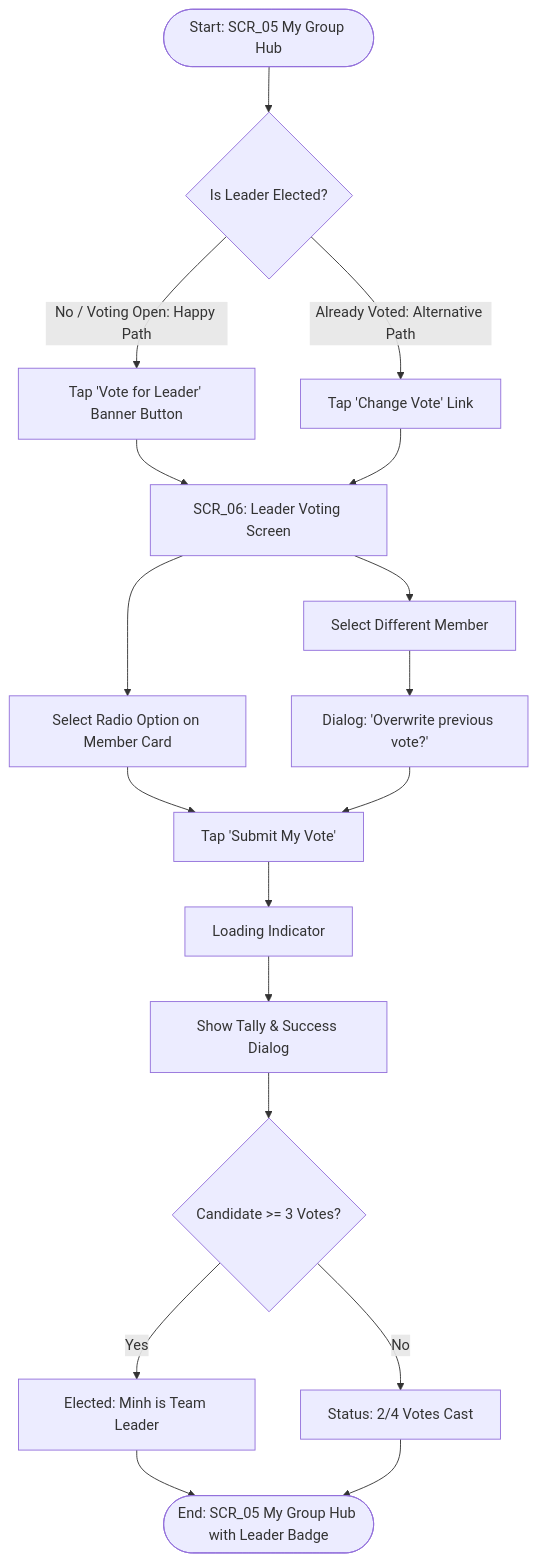
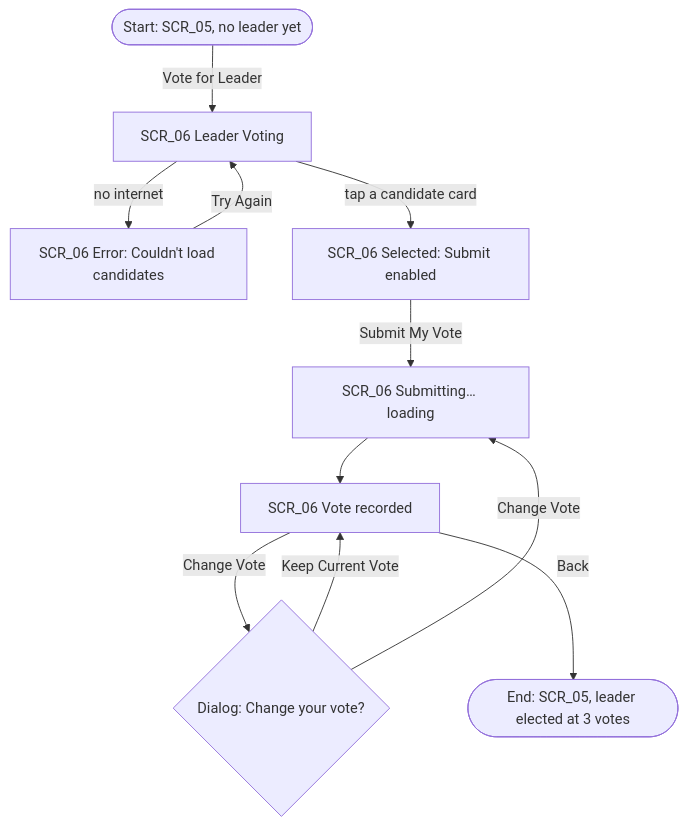
Before and after one commit to DEVORGANIZE222/PRM323_LAB2_uiuxdesign: the second of 3 diagrams in ux/user-flow.md, drawn with Mermaid. The commit also changed other lines of this file, not shown here.

Commit message:
Put every screen in a flow and match the Figma flows

````diff
--- a/ux/user-flow.md
+++ b/ux/user-flow.md
@@ -73,21 +74,13 @@
 ```mermaid
 graph TD
-    Start([Start: SCR_05 My Group Hub]) --> CheckLeader{Is Leader Elected?}
-    CheckLeader -->|No / Voting Open: Happy Path| TapVote[Tap 'Vote for Leader' Banner Button]
-    TapVote --> SCR_06[SCR_06: Leader Voting Screen]
-    SCR_06 --> SelectCandidate[Select Radio Option on Member Card]
-    SelectCandidate --> SubmitVote[Tap 'Submit My Vote']
-    SubmitVote --> Loading[Loading Indicator]
-    Loading --> UpdatedResults[Show Tally & Success Dialog]
-    UpdatedResults --> CheckMajority{Candidate >= 3 Votes?}
-    CheckMajority -->|Yes| ElectLeader[Elected: Minh is Team Leader]
-    CheckMajority -->|No| PendingVotes[Status: 2/4 Votes Cast]
-    ElectLeader --> SCR_05([End: SCR_05 My Group Hub with Leader Badge])
-    PendingVotes --> SCR_05
-
-    CheckLeader -->|Already Voted: Alternative Path| TapChangeVote[Tap 'Change Vote' Link]
-    TapChangeVote --> SCR_06
-    SCR_06 --> PickNew[Select Different Member]
-    PickNew --> ConfirmOverride[Dialog: 'Overwrite previous vote?']
-    ConfirmOverride --> SubmitVote
+    Start([Start: SCR_05, no leader yet]) -->|Vote for Leader| V[SCR_06 Leader Voting]
+    V -->|no internet| Err[SCR_06 Error: Couldn't load candidates]
+    Err -->|Try Again| V
+    V -->|tap a candidate card| Sel[SCR_06 Selected: Submit enabled]
+    Sel -->|Submit My Vote| Sub[SCR_06 Submitting… loading]
+    Sub --> Done[SCR_06 Vote recorded]
+    Done -->|Change Vote| CV{Dialog: Change your vote?}
+    CV -->|Keep Current Vote| Done
+    CV -->|Change Vote| Sub
+    Done -->|Back| End([End: SCR_05, leader elected at 3 votes])
 ```
````
